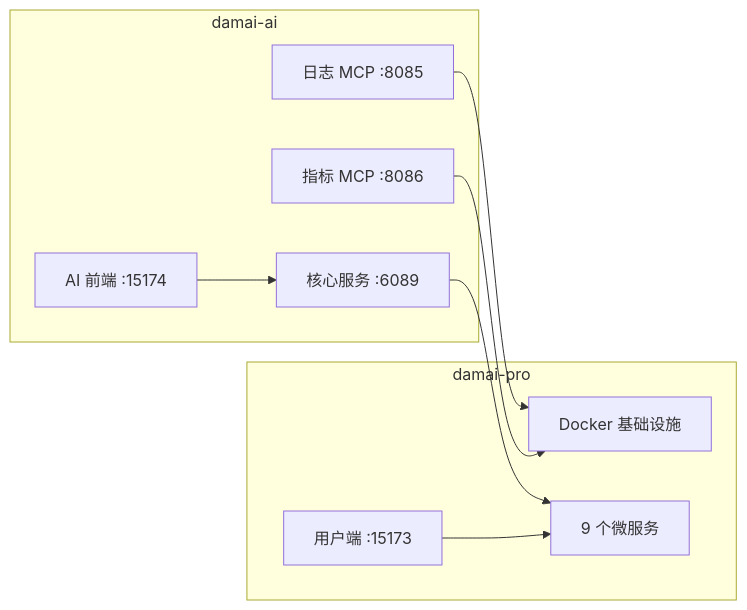
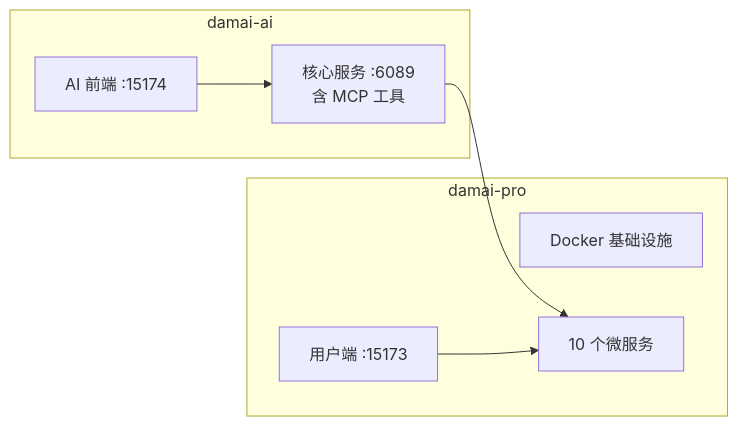
One commit to LittleSongxx/damai changed the diagram in damai-pro/docs/damai-ai-integration.md. Above: the diagram before and after it, drawn with Mermaid. The commit also changed other lines of this file and 5 other files, not shown here.

Commit message:
chore: sync project docs with current codebase — fix MCP architecture, module counts, and broken links

````diff
--- a/damai-pro/docs/damai-ai-integration.md
+++ b/damai-pro/docs/damai-ai-integration.md
@@ -5,19 +5,15 @@
 ```mermaid
 graph LR
     subgraph Pro["damai-pro"]
         Docker[Docker 基础设施]
-        Backend[9 个微服务]
+        Backend[10 个微服务]
         Vue3[用户端 :15173]
     end
     subgraph AI["damai-ai"]
-        Core[核心服务 :6089]
-        MCP1[日志 MCP :8085]
-        MCP2[指标 MCP :8086]
+        Core[核心服务 :6089<br/>含 MCP 工具]
         VueAI[AI 前端 :15174]
     end
     VueAI --> Core
     Core --> Backend
-    MCP1 --> Docker
-    MCP2 --> Docker
     Vue3 --> Backend
 ```
````
